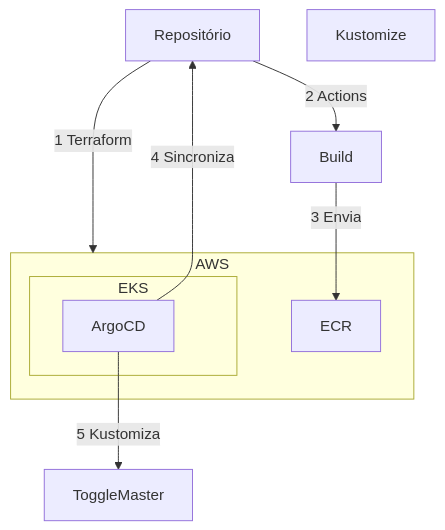
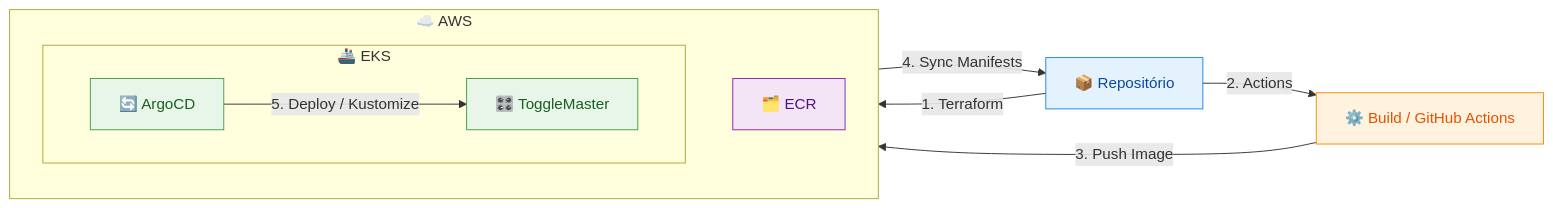
One commit to diasdmhub/fiap-toggle-master-iaas changed the diagram in README.md. Above: the diagram before and after it, drawn with Mermaid. The commit also changed other lines of this file and 1 other file, not shown here.

Commit message:
Ajuste no manifesto do KEDA

````diff
--- a/README.md
+++ b/README.md
@@ -23,18 +43,35 @@
 ```mermaid
-flowchart TD
-    A["Repositório"]
-    B["Build"]
-    C["Kustomize"]
-    E["ToggleMaster"]
-    subgraph AWS
-        ECR
-        subgraph EKS
-            ArgoCD
+flowchart LR
+    %% Styles
+    classDef repo fill:#E3F2FD,stroke:#1E88E5,color:#0D47A1
+    classDef ci fill:#FFF3E0,stroke:#FB8C00,color:#E65100
+    classDef aws fill:#F3E5F5,stroke:#8E24AA,color:#4A148C
+    classDef deploy fill:#E8F5E9,stroke:#43A047,color:#1B5E20
+
+    %% Source
+    A["📦 Repositório"]:::repo
+
+    %% CI/CD
+    B["⚙️ Build / GitHub Actions"]:::ci
+
+    %% AWS Area
+    subgraph AWS["☁️ AWS"]
+        direction TB
+
+        ECR["🗂️ ECR"]:::aws
+
+        subgraph EKS["🚢 EKS"]
+            direction LR
+
+            ArgoCD["🔄 ArgoCD"]:::deploy
+            C["🎛️ ToggleMaster"]:::deploy
         end
     end
-    A -->|1 Terraform| AWS
-    A -->|2 Actions| B
-    B -->|3 Envia| ECR
-    ArgoCD -->|4 Sincroniza| A
-    ArgoCD -->|5 Kustomiza| E
+
+    %% Flow
+    A -->|"1. Terraform"| AWS
+    A -->|"2. Actions"| B
+    B -->|"3. Push Image"| ECR
+    ArgoCD -->|"4. Sync Manifests"| A
+    ArgoCD -->|"5. Deploy / Kustomize"| C
 ```
````
